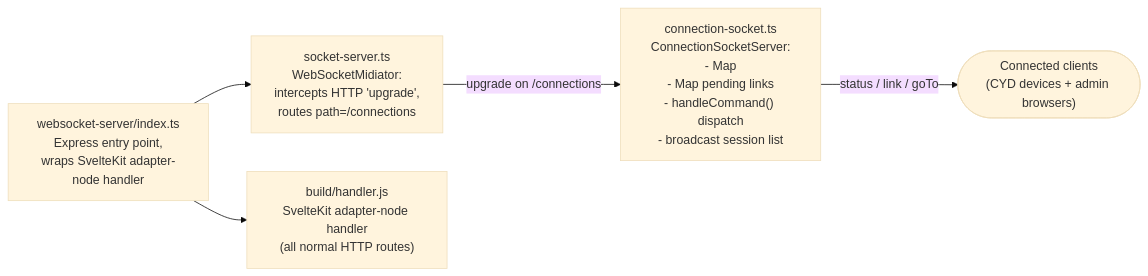
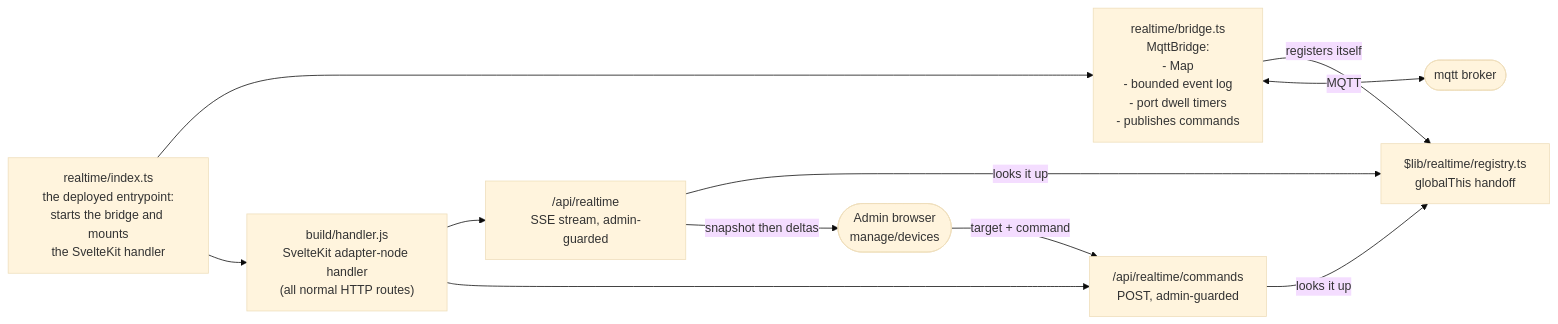
The fourth of 8 diagrams in docs/CYD_DESIGN.md (yodivdhende/terra-prime), drawn with Mermaid (base theme) before and after one commit. The commit also changed other lines of this file and 42 other files, not shown here.

First line of the commit message:
TP-0165.01: move the device transport to MQTT

````diff
--- a/docs/CYD_DESIGN.md
+++ b/docs/CYD_DESIGN.md
@@ -159,12 +214,20 @@
 ```mermaid
 flowchart LR
-    entry["websocket-server/index.ts\nExpress entry point,\nwraps SvelteKit adapter-node handler"]
-    mid["socket-server.ts\nWebSocketMidiator:\nintercepts HTTP 'upgrade',\nroutes path=/connections"]
-    csock["connection-socket.ts\nConnectionSocketServer:\n- Map<WebSocket, StatusCommandInfo>\n- Map<token, Date> pending links\n- handleCommand() dispatch\n- broadcast session list"]
+    entry["realtime/index.ts\nthe deployed entrypoint:\nstarts the bridge and mounts\nthe SvelteKit handler"]
+    bridge["realtime/bridge.ts\nMqttBridge:\n- Map<uid, RealtimeDevice>\n- bounded event log\n- port dwell timers\n- publishes commands"]
+    reg["$lib/realtime/registry.ts\nglobalThis handoff"]
+    sse["/api/realtime\nSSE stream, admin-guarded"]
+    cmd["/api/realtime/commands\nPOST, admin-guarded"]
     handler["build/handler.js\nSvelteKit adapter-node handler\n(all normal HTTP routes)"]
 
-    entry --> mid
+    entry --> bridge
     entry --> handler
-    mid -- "upgrade on /connections" --> csock
-    csock -- "status / link / goTo" --> Clients(["Connected clients\n(CYD devices + admin browsers)"])
+    bridge -- "registers itself" --> reg
+    handler --> sse
+    handler --> cmd
+    sse -- "looks it up" --> reg
+    cmd -- "looks it up" --> reg
+    bridge <-- "MQTT" --> Broker(["mqtt broker"])
+    sse -- "snapshot then deltas" --> Admin(["Admin browser\nmanage/devices"])
+    Admin -- "target + command" --> cmd
 ```
````
